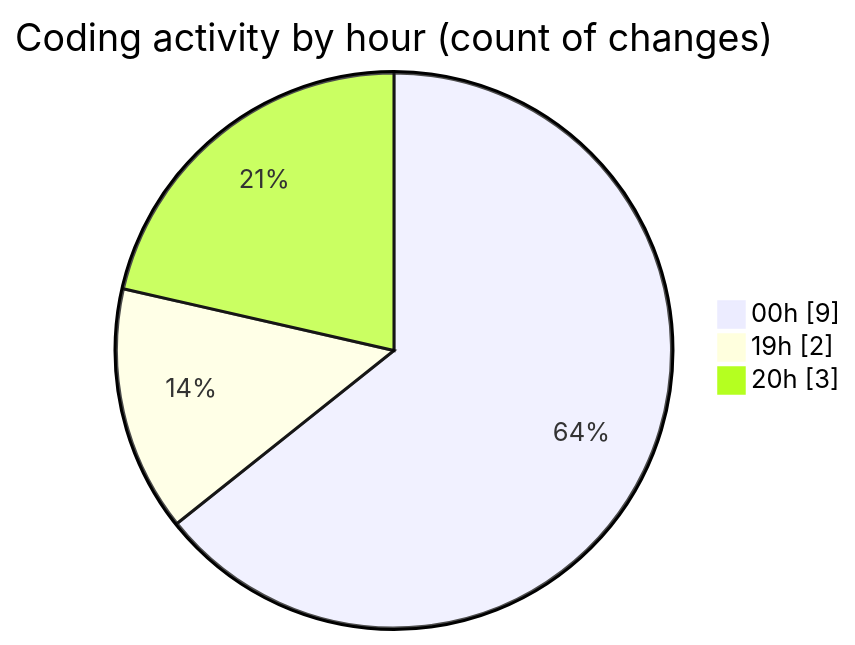
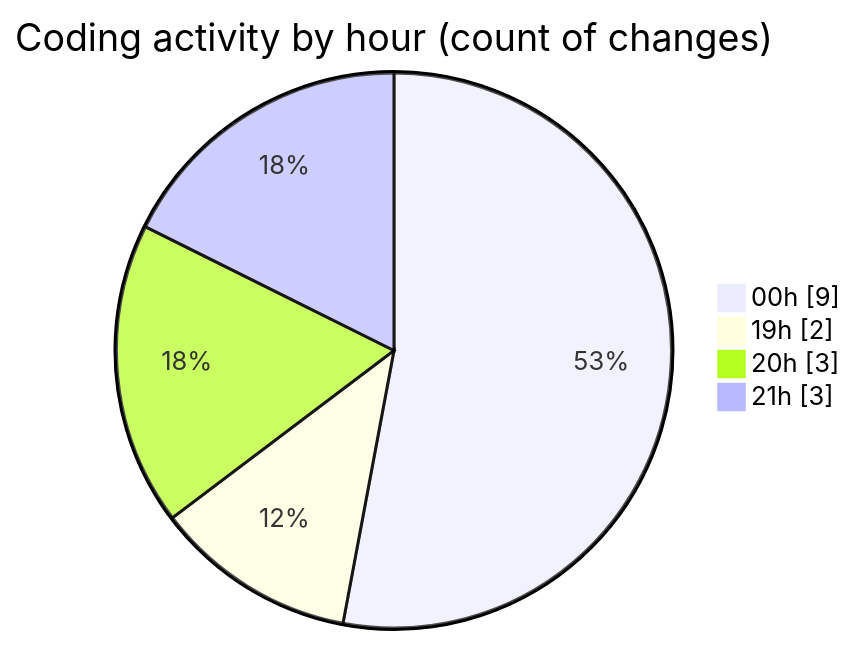
Before and after one commit to JenPaints/code-tracking: the second of 2 diagrams in 2025-06-21/archive/README.md, drawn with Mermaid. The commit also changed other lines of this file and 1 other file, not shown here.

````diff
--- a/2025-06-21/archive/README.md
+++ b/2025-06-21/archive/README.md
@@ -38,7 +39,8 @@
 ```mermaid
 pie showData
 title Coding activity by hour (count of changes)
 "00h" : 9
 "19h" : 2
 "20h" : 3
+"21h" : 3
 ```
````
